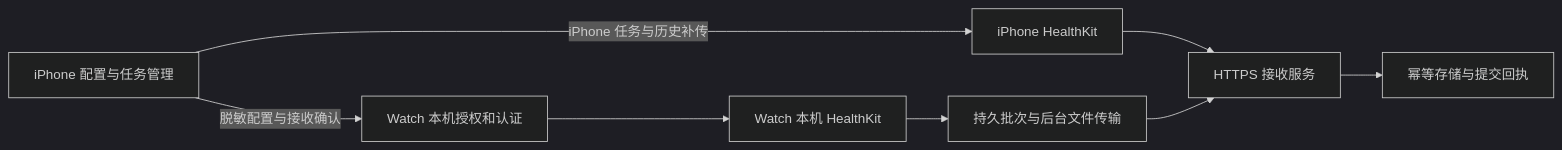
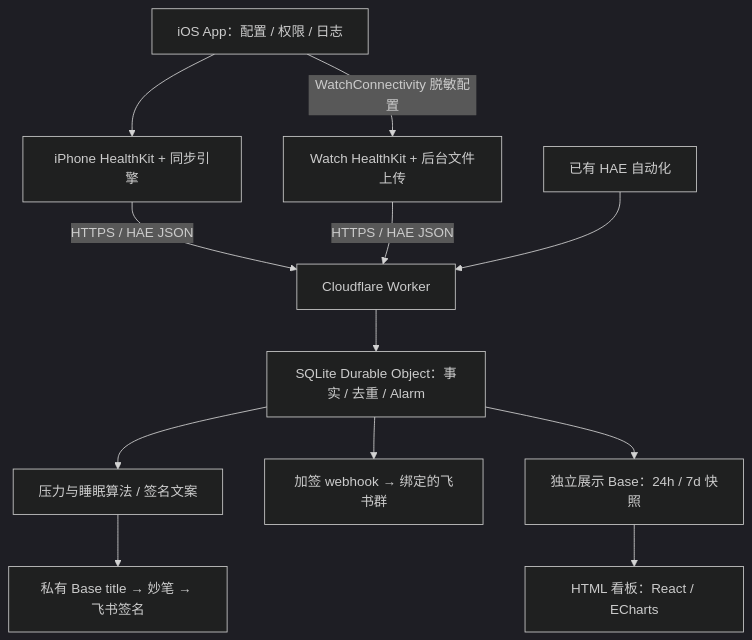
The diagram in README.md (Julian0197/health-relay), drawn with Mermaid (dark theme) before and after one commit. The commit also changed other lines of this file and 95 other files, not shown here.

````diff
--- a/README.md
+++ b/README.md
@@ -30,10 +29,14 @@
 ```mermaid
-flowchart LR
-    P[iPhone 配置与任务管理] -->|脱敏配置与接收确认| W[Watch 本机授权和认证]
-    P -->|iPhone 任务与历史补传| H[iPhone HealthKit]
-    H --> E[HTTPS 接收服务]
-    W --> K[Watch 本机 HealthKit]
-    K --> O[持久批次与后台文件传输]
-    O --> E
-    E --> R[幂等存储与提交回执]
+flowchart TD
+    Config[iOS App：配置 / 权限 / 日志] --> Phone[iPhone HealthKit + 同步引擎]
+    Config -->|WatchConnectivity 脱敏配置| Watch[Watch HealthKit + 后台文件上传]
+    Phone -->|HTTPS / HAE JSON| Worker[Cloudflare Worker]
+    Watch -->|HTTPS / HAE JSON| Worker
+    HAE[已有 HAE 自动化] --> Worker
+    Worker --> Store[SQLite Durable Object：事实 / 去重 / Alarm]
+    Store --> Score[压力与睡眠算法 / 签名文案]
+    Score --> Signature[私有 Base title → 妙笔 → 飞书签名]
+    Store --> Card[加签 webhook → 绑定的飞书群]
+    Store --> Display[独立展示 Base：24h / 7d 快照]
+    Display --> HTML[HTML 看板：React / ECharts]
 ```
````
